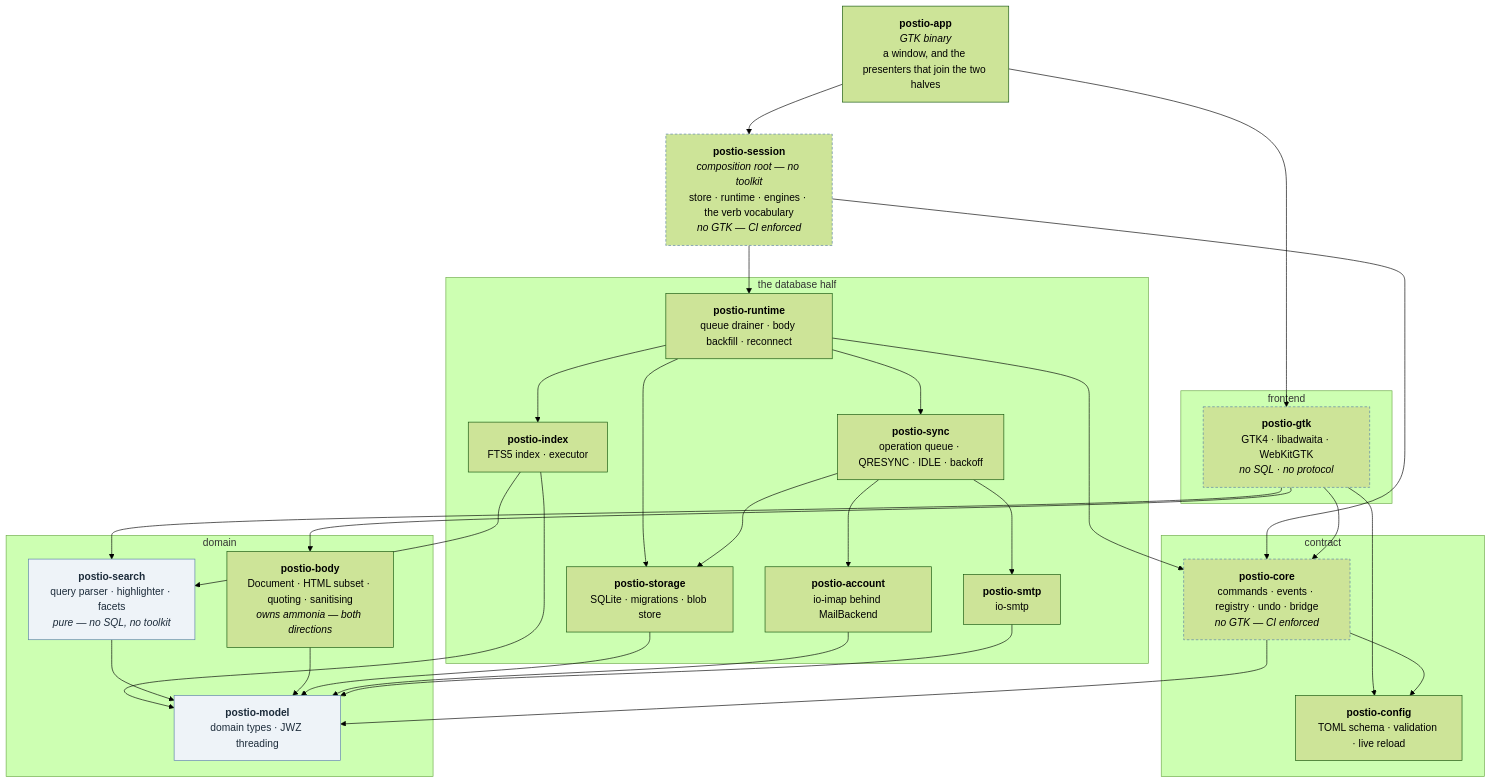
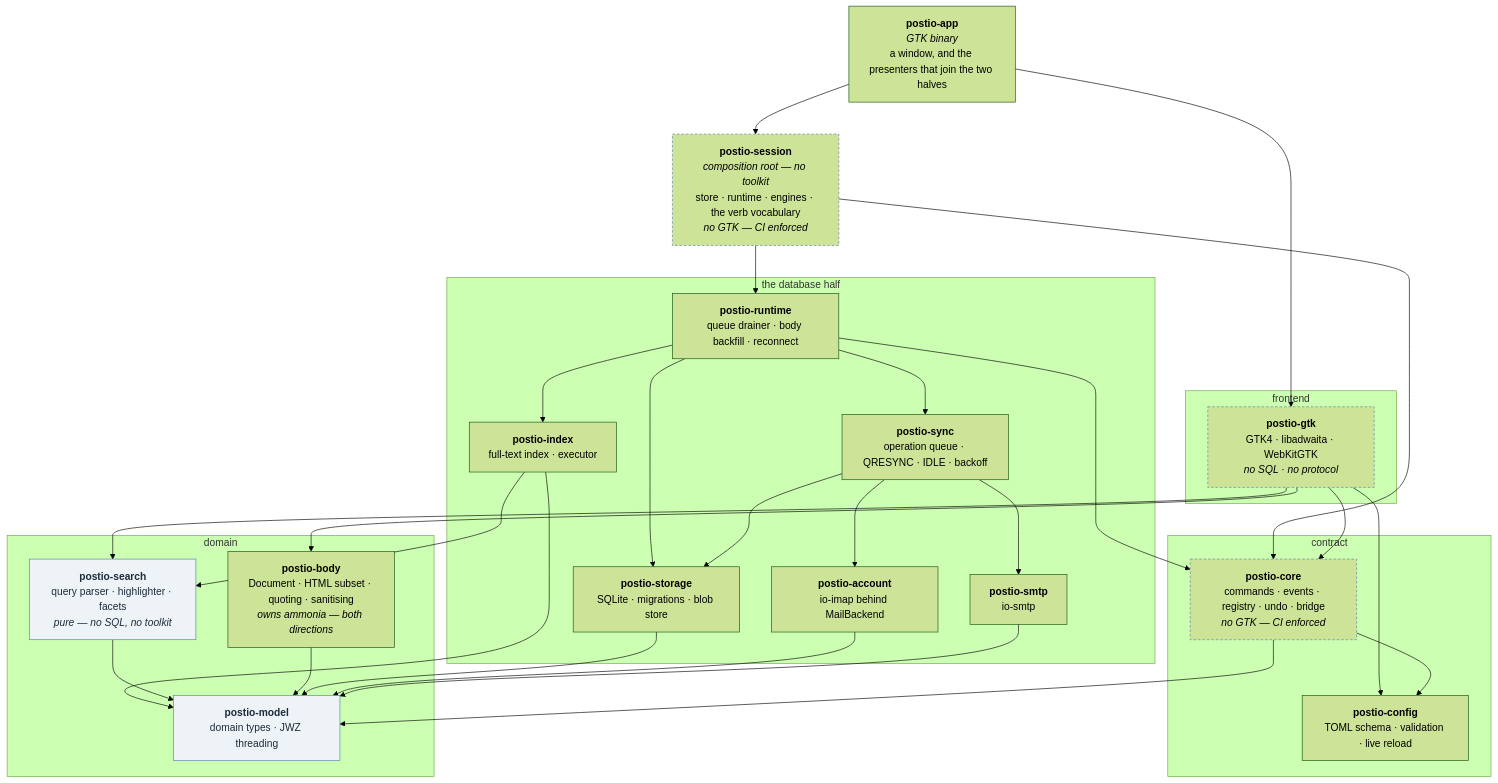
Before and after one commit to dlapiduz/postio: the diagram in docs/ARCHITECTURE.md, drawn with Mermaid (forest theme). The commit also changed other lines of this file and 6 other files, not shown here.

````diff
--- a/docs/ARCHITECTURE.md
+++ b/docs/ARCHITECTURE.md
@@ -15,59 +15,59 @@
 ```mermaid
 graph TD
     app["<b>postio-app</b><br/><i>GTK binary</i><br/>a window, and the presenters that join the two halves"]
     session["<b>postio-session</b><br/><i>composition root — no toolkit</i><br/>store · runtime · engines · the verb vocabulary<br/><i>no GTK — CI enforced</i>"]
 
     subgraph view ["frontend"]
         gtk["<b>postio-gtk</b><br/>GTK4 · libadwaita · WebKitGTK<br/><i>no SQL · no protocol</i>"]
     end
 
     subgraph engine ["the database half"]
         runtime["<b>postio-runtime</b><br/>queue drainer · body backfill · reconnect"]
         sync["<b>postio-sync</b><br/>operation queue · QRESYNC · IDLE · backoff"]
         imap["<b>postio-account</b><br/>io-imap behind MailBackend"]
         smtp["<b>postio-smtp</b><br/>io-smtp"]
         storage["<b>postio-storage</b><br/>SQLite · migrations · blob store"]
-        index["<b>postio-index</b><br/>FTS5 index · executor"]
+        index["<b>postio-index</b><br/>full-text index · executor"]
     end
 
     subgraph contract ["contract"]
         core["<b>postio-core</b><br/>commands · events · registry · undo · bridge<br/><i>no GTK — CI enforced</i>"]
         config["<b>postio-config</b><br/>TOML schema · validation · live reload"]
     end
 
     subgraph domain ["domain"]
         search["<b>postio-search</b><br/>query parser · highlighter · facets<br/><i>pure — no SQL, no toolkit</i>"]
         body["<b>postio-body</b><br/>Document · HTML subset · quoting · sanitising<br/><i>owns ammonia — both directions</i>"]
         model["<b>postio-model</b><br/>domain types · JWZ threading"]
     end
 
     app --> session
     app --> gtk
     session --> runtime
     session --> core
     gtk --> core
     gtk --> search
     gtk --> body
     gtk --> config
     runtime --> sync
     runtime --> index
     runtime --> core
     runtime --> storage
     sync --> imap
     sync --> smtp
     sync --> storage
     index --> search
     index --> model
     core --> config
     core --> model
     search --> model
     body --> model
     storage --> model
     imap --> model
     smtp --> model
 
     classDef pure fill:#eef3f8,stroke:#5980a6,color:#1c2b3a
     classDef guard stroke-dasharray:4 3,stroke:#5980a6
     class model,search pure
     class core,gtk,session guard
 ```
````
